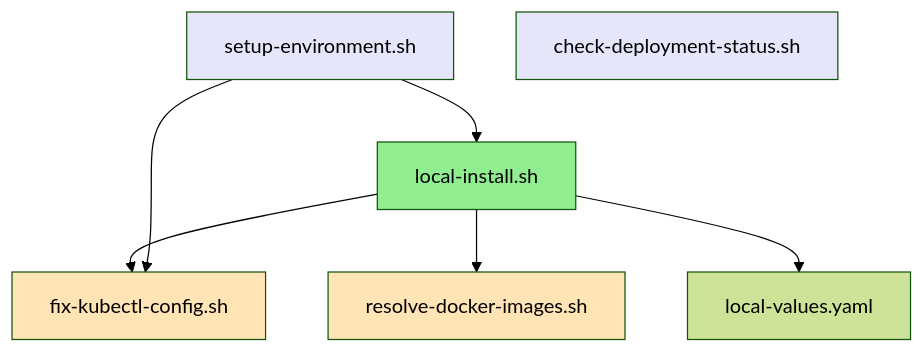
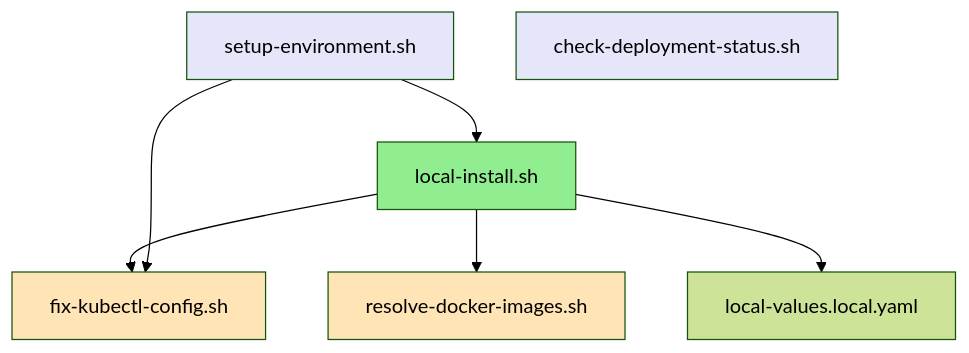
The diagram in scripts/README.md (Activiti/activiti-cloud), drawn with Mermaid (forest theme) before and after one commit. The commit also changed other lines of this file and 13 other files, not shown here.

First line of the commit message:
Ignore and generate local-values.local.yaml

````diff
--- a/scripts/README.md
+++ b/scripts/README.md
@@ -453,17 +453,17 @@
 ```mermaid
 graph TD
     A[local-install.sh] --> B[fix-kubectl-config.sh]
     A --> C[resolve-docker-images.sh]
-    A --> D[local-values.yaml]
+    A --> D[local-values.local.yaml]
 
     E[setup-environment.sh] --> A
     E --> B
 
     F[check-deployment-status.sh]
 
     style A fill:#90EE90
     style B fill:#FFE4B5
     style C fill:#FFE4B5
     style E fill:#E6E6FA
     style F fill:#E6E6FA
 ```
````
